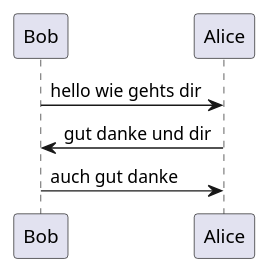
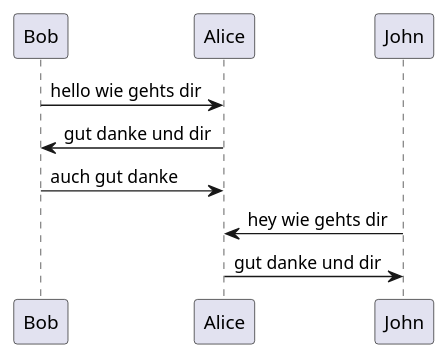
The diagram in test.puml (Danybba/TEA25_A), drawn with PlantUML before and after one commit.

Commit message:
Add dialogue between John and Alice to test.puml

```diff
--- a/test.puml
+++ b/test.puml
@@ -1,5 +1,7 @@
 @startuml
 Bob -> Alice : hello wie gehts dir 
 Alice -> Bob : gut danke und dir
 Bob -> Alice : auch gut danke
+John -> Alice : hey wie gehts dir
+Alice -> John : gut danke und dir
 @enduml
```
